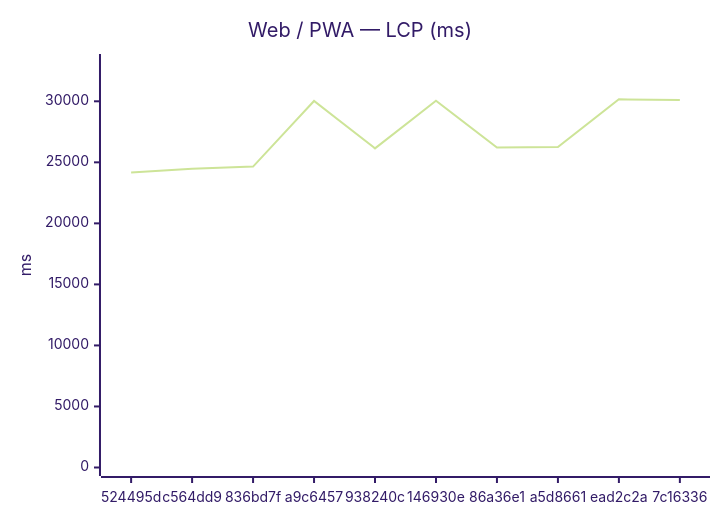
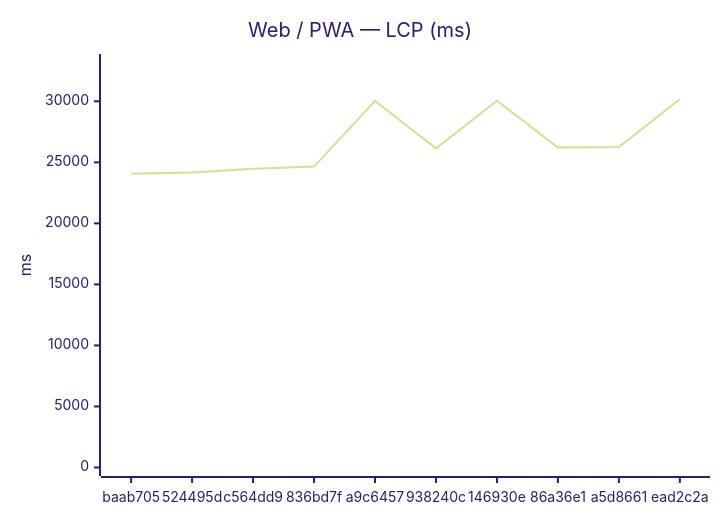
The first of 12 diagrams in benchmarks/compare.md (Metaheurist/Rianell), drawn with Mermaid (forest theme) before and after one commit. The commit also changed other lines of this file and 8 other files, not shown here.

````diff
--- a/benchmarks/compare.md
+++ b/benchmarks/compare.md
@@ -24,7 +24,7 @@
 ```mermaid
 xychart-beta
     title "Web / PWA — LCP (ms)"
-    x-axis ["524495d", "c564dd9", "836bd7f", "a9c6457", "938240c", "146930e", "86a36e1", "a5d8661", "ead2c2a", "7c16336"]
+    x-axis ["baab705", "524495d", "c564dd9", "836bd7f", "a9c6457", "938240c", "146930e", "86a36e1", "a5d8661", "ead2c2a"]
     y-axis "ms" 0 --> 33179
-    line [24158, 24475, 24652, 30029, 26143, 30039, 26222, 26258, 30162, 30106]
+    line [24058, 24158, 24475, 24652, 30029, 26143, 30039, 26222, 26258, 30162]
 ```
````
